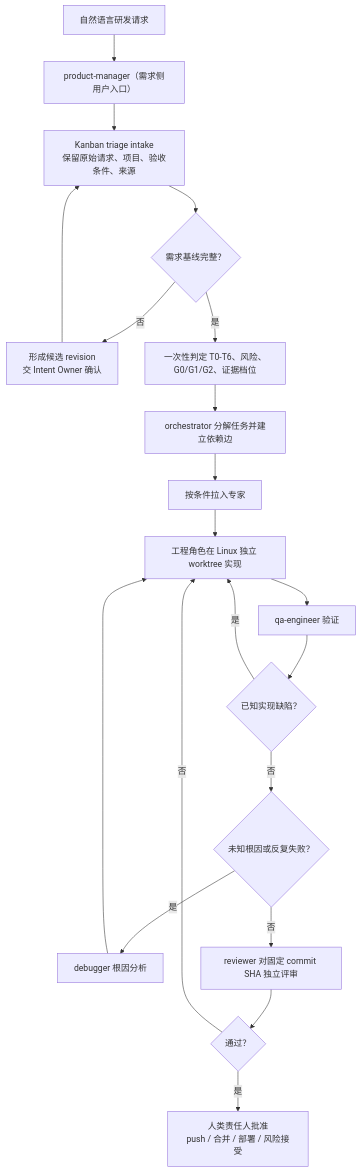
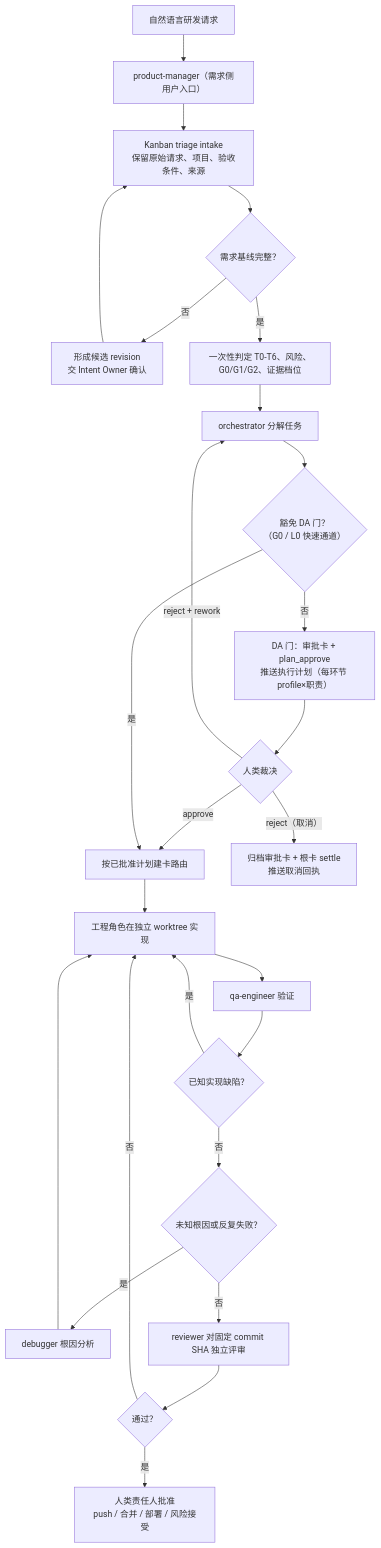
The second of 4 diagrams in docs/hermes-profiles-guide.md (lovelybowen/hermes-profiles), drawn with Mermaid before and after one commit. The commit also changed other lines of this file and 58 other files, not shown here.

````diff
--- a/docs/hermes-profiles-guide.md
+++ b/docs/hermes-profiles-guide.md
@@ -97,22 +97,28 @@
 ```mermaid
 flowchart TD
     request["自然语言研发请求"] --> ingress["product-manager（需求侧用户入口）"]
     ingress --> intake["Kanban triage intake<br/>保留原始请求、项目、验收条件、来源"]
     intake --> baseline{"需求基线完整？"}
     baseline -- "否" --> decision["形成候选 revision<br/>交 Intent Owner 确认"]
     decision --> intake
     baseline -- "是" --> classify["一次性判定 T0-T6、风险、G0/G1/G2、证据档位"]
-    classify --> decompose["orchestrator 分解任务并建立依赖边"]
-    decompose --> route["按条件拉入专家"]
-    route --> implement["工程角色在 Linux 独立 worktree 实现"]
+    classify --> decompose["orchestrator 分解任务"]
+    decompose --> da{"豁免 DA 门？<br/>（G0 / L0 快速通道）"}
+    da -- "否" --> dagate["DA 门：审批卡 + plan_approve<br/>推送执行计划（每环节 profile×职责）"]
+    dagate --> daverdict{"人类裁决"}
+    daverdict -- "approve" --> route["按已批准计划建卡路由"]
+    daverdict -- "reject + rework" --> decompose
+    daverdict -- "reject（取消）" --> cancelled["归档审批卡 + 根卡 settle<br/>推送取消回执"]
+    da -- "是" --> route
+    route --> implement["工程角色在独立 worktree 实现"]
     implement --> qa["qa-engineer 验证"]
     qa --> known{"已知实现缺陷？"}
     known -- "是" --> implement
     known -- "否" --> unknown{"未知根因或反复失败？"}
     unknown -- "是" --> debugger["debugger 根因分析"]
     debugger --> implement
     unknown -- "否" --> review["reviewer 对固定 commit SHA 独立评审"]
     review --> verdict{"通过？"}
     verdict -- "否" --> implement
     verdict -- "是" --> human["人类责任人批准<br/>push / 合并 / 部署 / 风险接受"]
 ```
````
